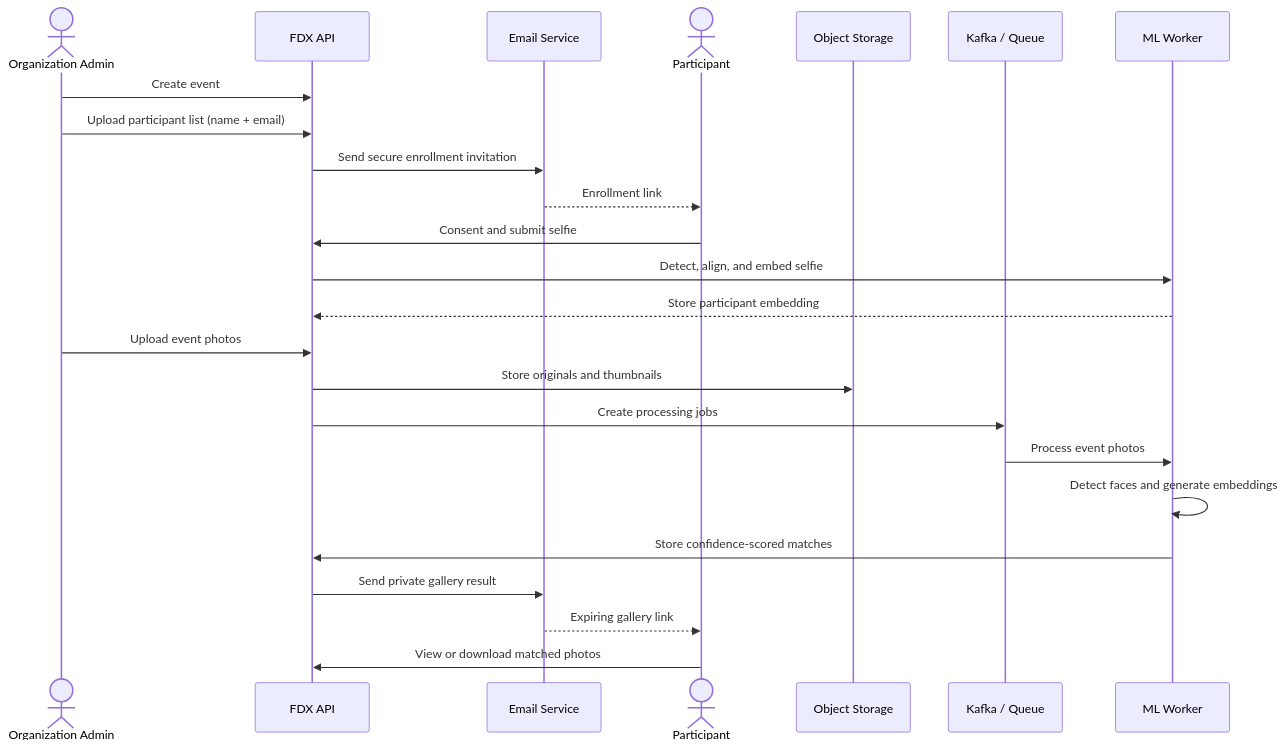
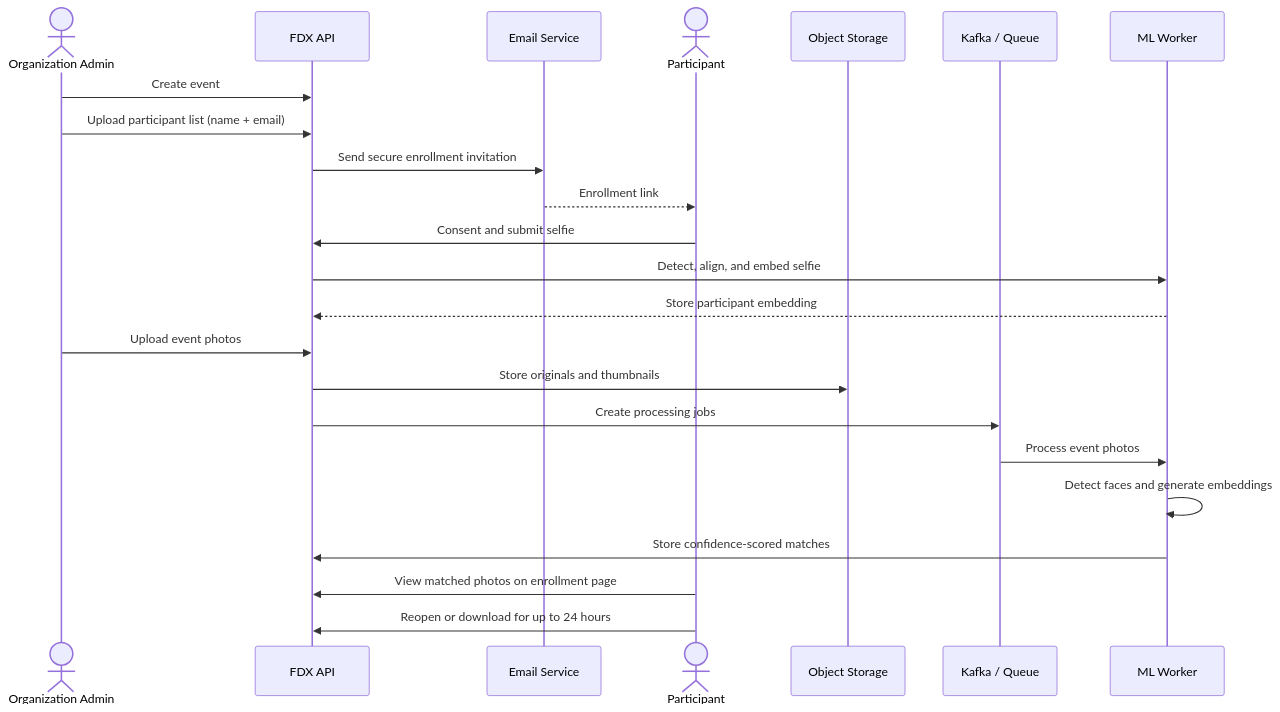
Before and after one commit to Dijo-404/FDX: diagram 16 of 18 in docs/workflow.md, drawn with Mermaid. The commit also changed other lines of this file and 8 other files, not shown here.

````diff
--- a/docs/workflow.md
+++ b/docs/workflow.md
@@ -444,27 +442,26 @@
 ```mermaid
 sequenceDiagram
     actor Admin as Organization Admin
     participant API as FDX API
     participant Email as Email Service
     actor Attendee as Participant
     participant Storage as Object Storage
     participant Queue as Kafka / Queue
     participant ML as ML Worker
 
     Admin->>API: Create event
     Admin->>API: Upload participant list (name + email)
     API->>Email: Send secure enrollment invitation
     Email-->>Attendee: Enrollment link
     Attendee->>API: Consent and submit selfie
     API->>ML: Detect, align, and embed selfie
     ML-->>API: Store participant embedding
     Admin->>API: Upload event photos
     API->>Storage: Store originals and thumbnails
     API->>Queue: Create processing jobs
     Queue->>ML: Process event photos
     ML->>ML: Detect faces and generate embeddings
     ML->>API: Store confidence-scored matches
-    API->>Email: Send private gallery result
-    Email-->>Attendee: Expiring gallery link
-    Attendee->>API: View or download matched photos
+    Attendee->>API: View matched photos on enrollment page
+    Attendee->>API: Reopen or download for up to 24 hours
 ```
````
